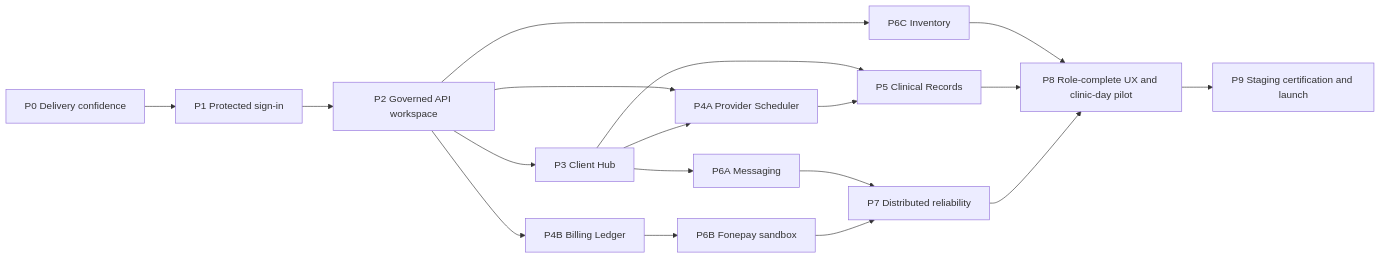
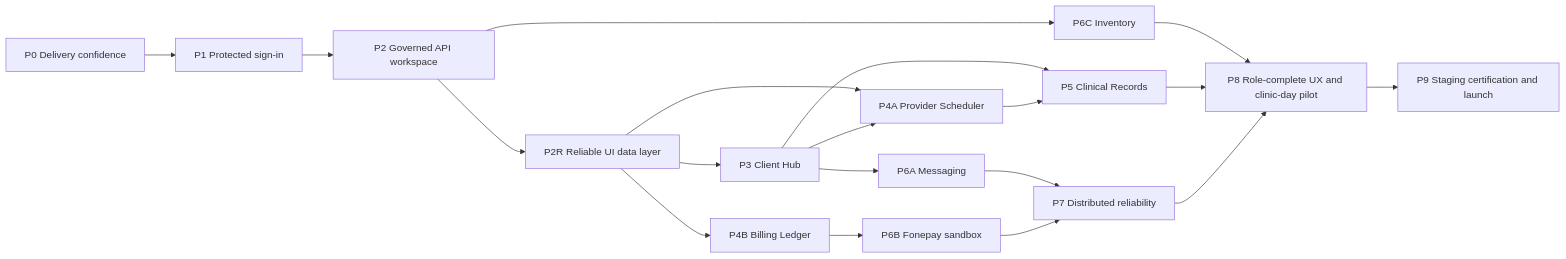
Before and after one commit to subigyastha/Dental-System-: the diagram in docs/20-tangible-phase-delivery-plan.md, drawn with Mermaid. The commit also changed other lines of this file and 319 other files, not shown here.

````diff
--- a/docs/20-tangible-phase-delivery-plan.md
+++ b/docs/20-tangible-phase-delivery-plan.md
@@ -23,20 +23,21 @@
 ```mermaid
 flowchart LR
   P0["P0 Delivery confidence"] --> P1["P1 Protected sign-in"]
   P1 --> P2["P2 Governed API workspace"]
-  P2 --> P3["P3 Client Hub"]
-  P2 --> P4A["P4A Provider Scheduler"]
-  P2 --> P4B["P4B Billing Ledger"]
+  P2 --> P2R["P2R Reliable UI data layer"]
+  P2R --> P3["P3 Client Hub"]
+  P2R --> P4A["P4A Provider Scheduler"]
+  P2R --> P4B["P4B Billing Ledger"]
   P3 --> P4A
   P3 --> P5["P5 Clinical Records"]
   P4A --> P5
   P2 --> P6C["P6C Inventory"]
   P3 --> P6A["P6A Messaging"]
   P4B --> P6B["P6B Fonepay sandbox"]
   P6A --> P7["P7 Distributed reliability"]
   P6B --> P7
   P6C --> P8["P8 Role-complete UX and clinic-day pilot"]
   P5 --> P8
   P7 --> P8
   P8 --> P9["P9 Staging certification and launch"]
 ```
````
